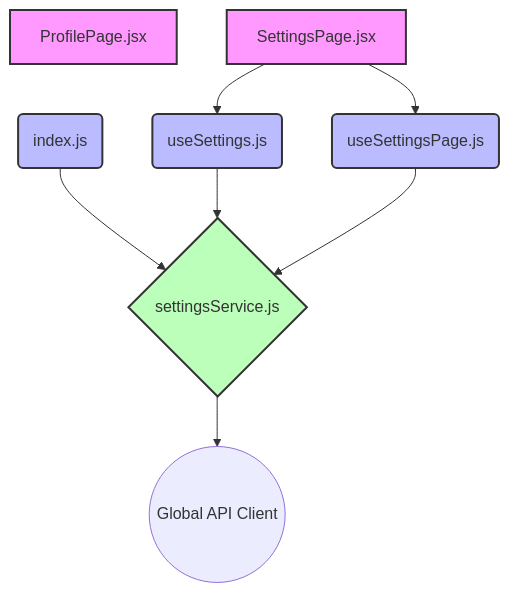
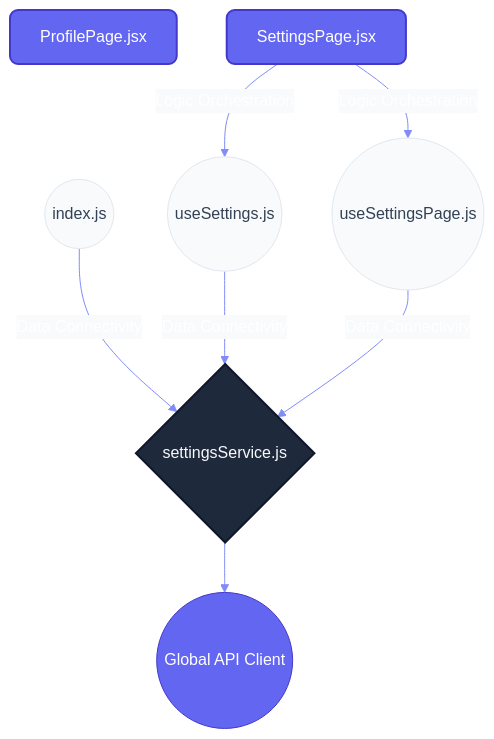
Before and after one commit to nexowebai/nexo-superadmin: the second of 2 diagrams in src/features/settings/README.md, drawn with Mermaid. The commit also changed other lines of this file and 16 other files, not shown here.

````diff
--- a/src/features/settings/README.md
+++ b/src/features/settings/README.md
@@ -30,19 +36,20 @@
 ```mermaid
+%%{init: {'theme': 'base', 'themeVariables': { 'primaryColor': '#6366f1', 'primaryTextColor': '#fff', 'primaryBorderColor': '#4338ca', 'lineColor': '#818cf8', 'secondaryColor': '#f8fafc', 'tertiaryColor': '#e2e8f0'}}}%%
 graph TD
-    classDef page fill:#f9f,stroke:#333,stroke-width:2px;
-    classDef hook fill:#bbf,stroke:#333,stroke-width:2px;
-    classDef service fill:#bfb,stroke:#333,stroke-width:2px;
+    classDef page fill:#6366f1,stroke:#4338ca,stroke-width:2px,color:#fff,rx:8,ry:8;
+    classDef hook fill:#f8fafc,stroke:#e2e8f0,stroke-width:1px,color:#334155,rx:20,ry:20;
+    classDef service fill:#1e293b,stroke:#0f172a,stroke-width:2px,color:#f8fafc,rx:4,ry:4;
 
     ProfilePage[ProfilePage.jsx]:::page
     SettingsPage[SettingsPage.jsx]:::page
-    SettingsPage --> useSettings
-    SettingsPage --> useSettingsPage
-    index(index.js):::hook
-    index --> settingsService
-    useSettings(useSettings.js):::hook
-    useSettings --> settingsService
-    useSettingsPage(useSettingsPage.js):::hook
-    useSettingsPage --> settingsService
+    SettingsPage --"Logic Orchestration"--> useSettings
+    SettingsPage --"Logic Orchestration"--> useSettingsPage
+    index((index.js)):::hook
+    index --"Data Connectivity"--> settingsService
+    useSettings((useSettings.js)):::hook
+    useSettings --"Data Connectivity"--> settingsService
+    useSettingsPage((useSettingsPage.js)):::hook
+    useSettingsPage --"Data Connectivity"--> settingsService
     settingsService{settingsService.js}:::service
-    settingsService --> API_Client((Global API Client))
+    settingsService --> API_CORE((Global API Client))
 ```
````
